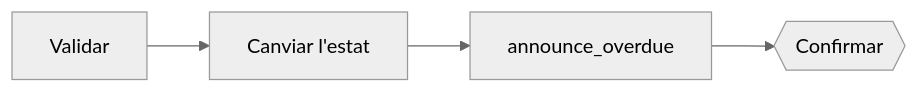
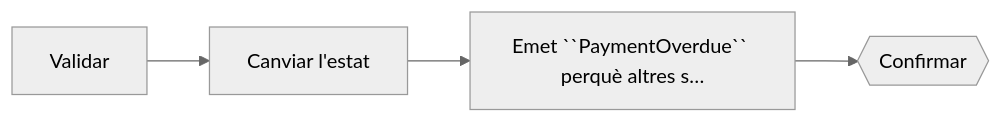
One commit to EloiSans/python-resource-engine changed the second of 2 diagrams in examples/invoices/docs/resources/invoice_payments.md. Above: the diagram before and after it, drawn with Mermaid (neutral theme). The commit also changed other lines of this file and 41 other files, not shown here.

````diff
--- a/examples/invoices/docs/resources/invoice_payments.md
+++ b/examples/invoices/docs/resources/invoice_payments.md
@@ -114,10 +104,10 @@
 ```mermaid
 flowchart LR
     s0["Validar"]
     s1["Canviar l'estat"]
     s0 --> s1
-    s2["announce_overdue"]
+    s2["Emet ``PaymentOverdue`` perquè altres s…"]
     s1 --> s2
     s3{{"Confirmar"}}
     s2 --> s3
 ```
````
